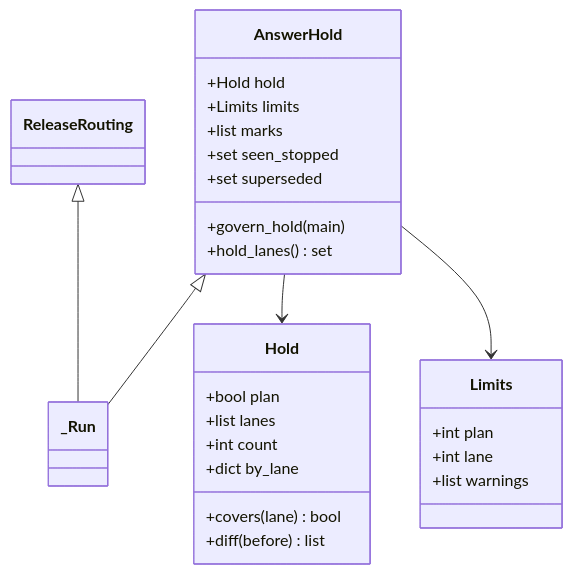
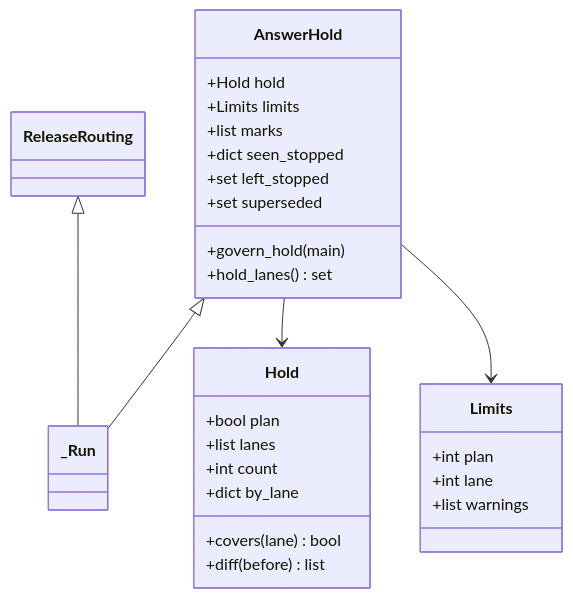
The third of 5 diagrams in issues/issue-2707-design.md (devbasex/ai-plugins), drawn with Mermaid before and after one commit. The commit also changed other lines of this file and 1 other file, not shown here.

````diff
--- a/issues/issue-2707-design.md
+++ b/issues/issue-2707-design.md
@@ -212,31 +212,32 @@
 ```mermaid
 classDiagram
     class Limits {
         +int plan
         +int lane
         +list warnings
     }
     class Hold {
         +bool plan
         +list lanes
         +int count
         +dict by_lane
         +covers(lane) bool
         +diff(before) list
     }
     class AnswerHold {
         +Hold hold
         +Limits limits
         +list marks
-        +set seen_stopped
+        +dict seen_stopped
+        +set left_stopped
         +set superseded
         +govern_hold(main)
         +hold_lanes() set
     }
     class ReleaseRouting
     class _Run
     ReleaseRouting <|-- _Run
     AnswerHold <|-- _Run
     AnswerHold --> Hold
     AnswerHold --> Limits
 ```
````
